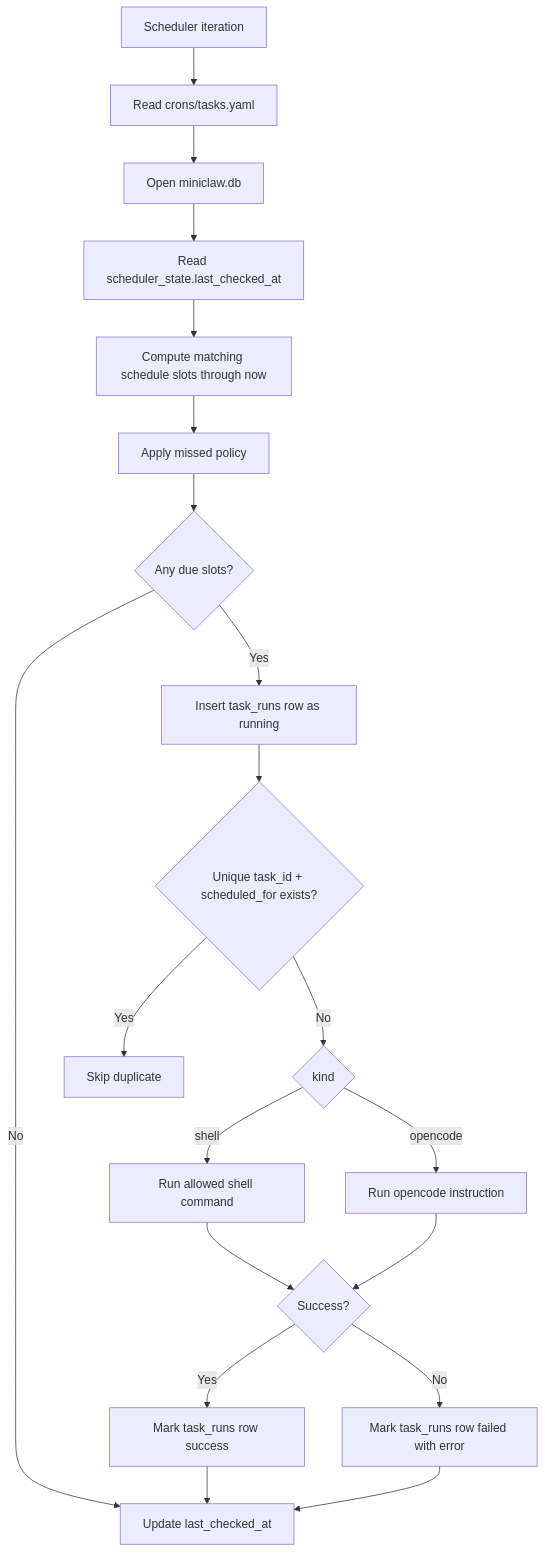
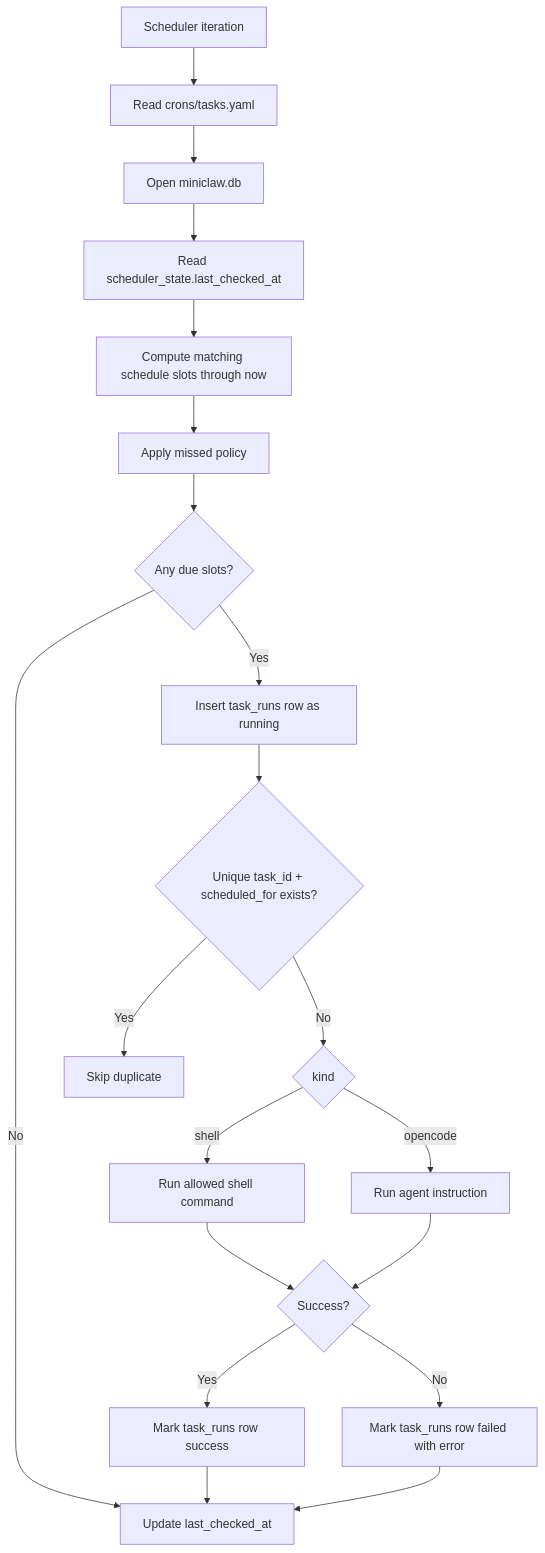
One commit to vii33/AgentScheduler changed the second of 2 diagrams in docs/task-scheduler-architecture.md. Above: the diagram before and after it, drawn with Mermaid. The commit also changed other lines of this file and 6 other files, not shown here.

````diff
--- a/docs/task-scheduler-architecture.md
+++ b/docs/task-scheduler-architecture.md
@@ -47,22 +47,22 @@
 ```mermaid
 flowchart TD
     A[Scheduler iteration] --> B[Read crons/tasks.yaml]
     B --> C[Open miniclaw.db]
     C --> D[Read scheduler_state.last_checked_at]
     D --> E[Compute matching schedule slots through now]
     E --> F[Apply missed policy]
     F --> G{Any due slots?}
     G -- No --> H[Update last_checked_at]
     G -- Yes --> I[Insert task_runs row as running]
     I --> J{Unique task_id + scheduled_for exists?}
     J -- Yes --> K[Skip duplicate]
     J -- No --> L{kind}
     L -- shell --> M[Run allowed shell command]
-    L -- opencode --> N[Run opencode instruction]
+    L -- opencode --> N[Run agent instruction]
     M --> O{Success?}
     N --> O
     O -- Yes --> P[Mark task_runs row success]
     O -- No --> Q[Mark task_runs row failed with error]
     P --> H
     Q --> H
 ```
````
